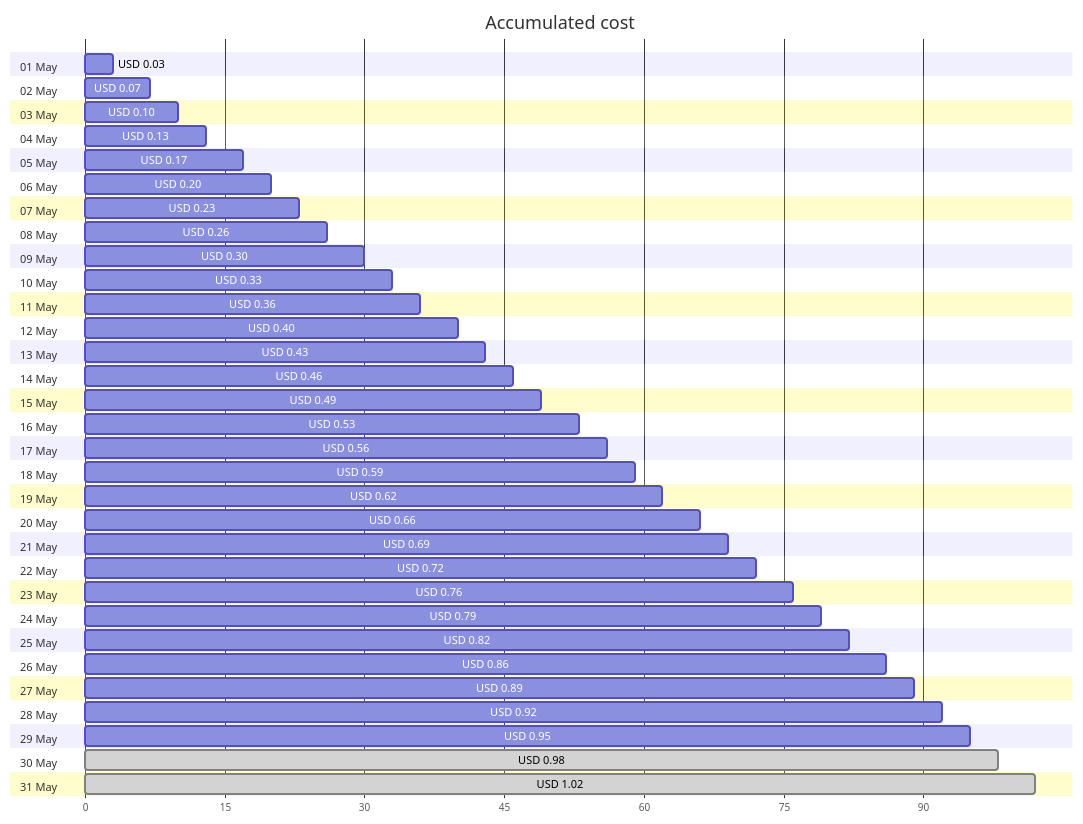
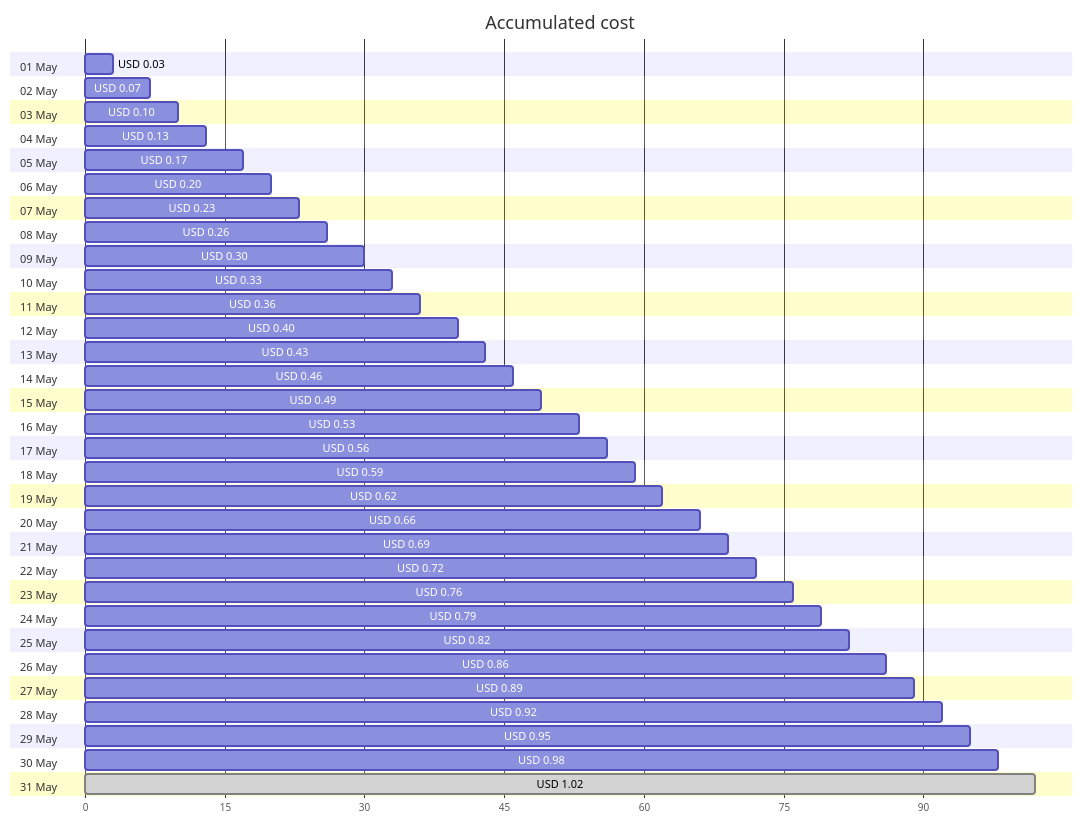
The first of 4 diagrams in cost-reports/personal-dns/README.md (jpfulton/azure-personal-reports), drawn with Mermaid before and after one commit. The commit also changed other lines of this file and 2 other files, not shown here.

````diff
--- a/cost-reports/personal-dns/README.md
+++ b/cost-reports/personal-dns/README.md
@@ -20,68 +20,68 @@
 ```mermaid
 gantt
    title Accumulated cost
    dateFormat  X
    axisFormat %s
    section 01 May
    USD 0.03 :0, 3
    section 02 May
    USD 0.07 :0, 7
    section 03 May
    USD 0.10 :0, 10
    section 04 May
    USD 0.13 :0, 13
    section 05 May
    USD 0.17 :0, 17
    section 06 May
    USD 0.20 :0, 20
    section 07 May
    USD 0.23 :0, 23
    section 08 May
    USD 0.26 :0, 26
    section 09 May
    USD 0.30 :0, 30
    section 10 May
    USD 0.33 :0, 33
    section 11 May
    USD 0.36 :0, 36
    section 12 May
    USD 0.40 :0, 40
    section 13 May
    USD 0.43 :0, 43
    section 14 May
    USD 0.46 :0, 46
    section 15 May
    USD 0.49 :0, 49
    section 16 May
    USD 0.53 :0, 53
    section 17 May
    USD 0.56 :0, 56
    section 18 May
    USD 0.59 :0, 59
    section 19 May
    USD 0.62 :0, 62
    section 20 May
    USD 0.66 :0, 66
    section 21 May
    USD 0.69 :0, 69
    section 22 May
    USD 0.72 :0, 72
    section 23 May
    USD 0.76 :0, 76
    section 24 May
    USD 0.79 :0, 79
    section 25 May
    USD 0.82 :0, 82
    section 26 May
    USD 0.86 :0, 86
    section 27 May
    USD 0.89 :0, 89
    section 28 May
    USD 0.92 :0, 92
    section 29 May
    USD 0.95 :0, 95
    section 30 May
-   USD 0.98 : done, 0, 98
+   USD 0.98 :0, 98
    section 31 May
    USD 1.02 : done, 0, 102
 ```
````
